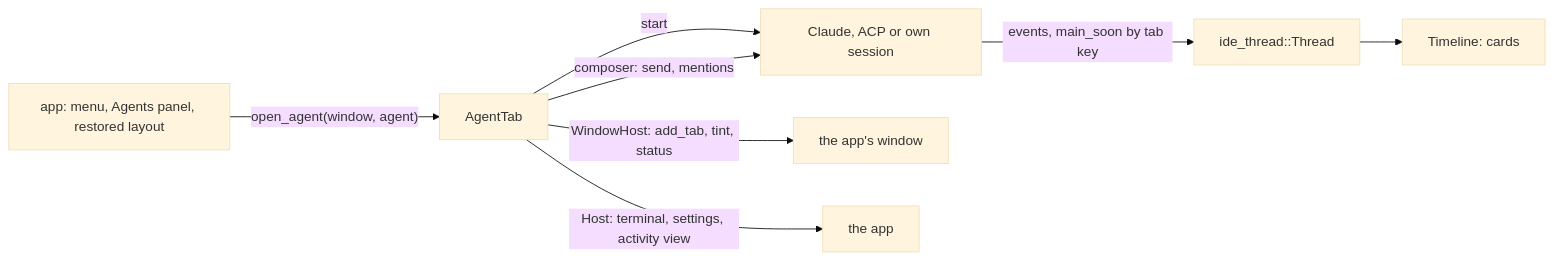
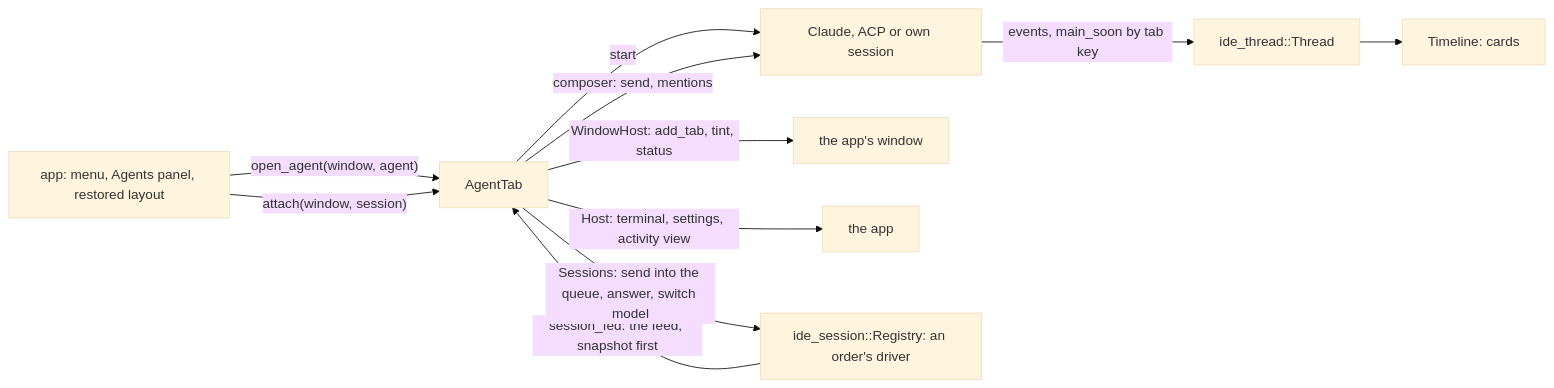
Before and after one commit to sventmueller/dango: the diagram in crates/ide-ui-agent/README.md, drawn with Mermaid (base theme). The commit also changed other lines of this file and 37 other files, not shown here.

First line of the commit message:
Open an order's running session as an AI tab that writes into it visibly, and approve or comment its specification at G1

````diff
--- a/crates/ide-ui-agent/README.md
+++ b/crates/ide-ui-agent/README.md
@@ -9,10 +12,13 @@
 ```mermaid
 flowchart LR
     app["app: menu, Agents panel, restored layout"] -->|"open_agent(window, agent)"| tab["AgentTab"]
     tab -->|"start"| session["Claude, ACP or own session"]
     session -->|"events, main_soon by tab key"| model["ide_thread::Thread"]
     model --> timeline["Timeline: cards"]
     tab -->|"composer: send, mentions"| session
     tab -->|"WindowHost: add_tab, tint, status"| window["the app's window"]
     tab -->|"Host: terminal, settings, activity view"| host["the app"]
+    app -->|"attach(window, session)"| tab
+    registry["ide_session::Registry: an order's driver"] -->|"session_fed: the feed, snapshot first"| tab
+    tab -->|"Sessions: send into the queue, answer, switch model"| registry
 ```
````
